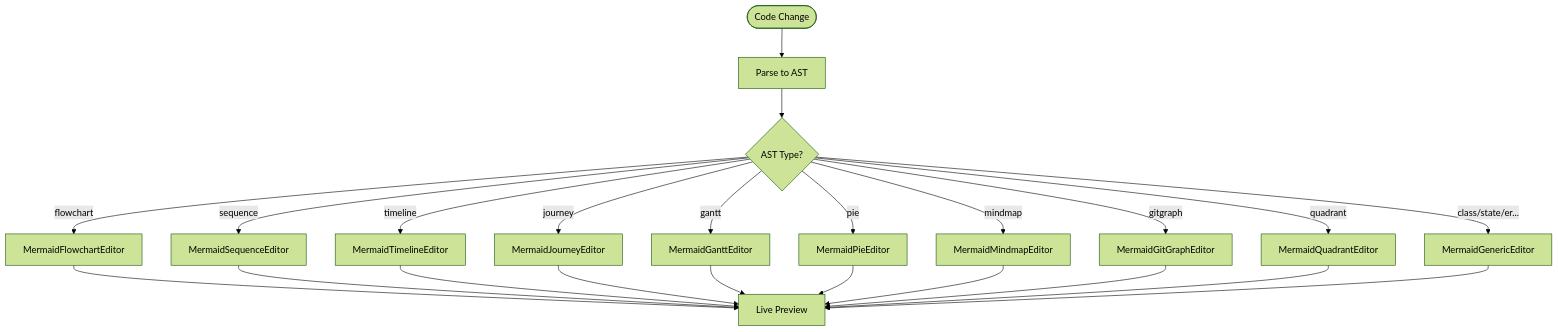
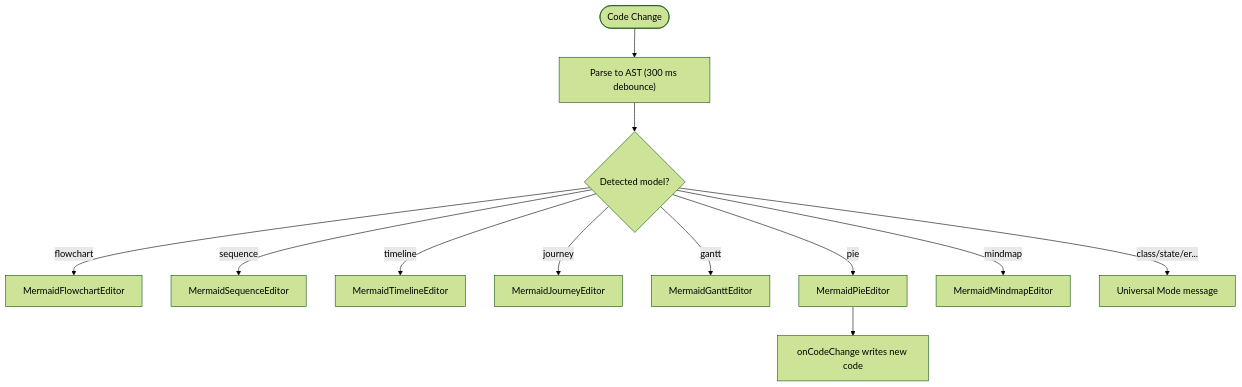
The fourth of 8 diagrams in .qoder/repowiki/en/content/Template System and Snippets.md (ongchonghian/universal-diagram-editor), drawn with Mermaid (forest theme) before and after one commit. The commit also changed other lines of this file and 31 other files, not shown here.

````diff
--- a/.qoder/repowiki/en/content/Template System and Snippets.md
+++ b/.qoder/repowiki/en/content/Template System and Snippets.md
@@ -257,25 +240,14 @@
 ```mermaid
 flowchart TD
-Start(["Code Change"]) --> Parse["Parse to AST"]
-Parse --> Type{"AST Type?"}
+Start(["Code Change"]) --> Parse["Parse to AST (300 ms debounce)"]
+Parse --> Type{"Detected model?"}
 Type --> |flowchart| Flow["MermaidFlowchartEditor"]
 Type --> |sequence| Seq["MermaidSequenceEditor"]
 Type --> |timeline| TL["MermaidTimelineEditor"]
 Type --> |journey| Jour["MermaidJourneyEditor"]
 Type --> |gantt| Gantt["MermaidGanttEditor"]
 Type --> |pie| Pie["MermaidPieEditor"]
 Type --> |mindmap| Mind["MermaidMindmapEditor"]
-Type --> |gitgraph| Git["MermaidGitGraphEditor"]
-Type --> |quadrant| Quad["MermaidQuadrantEditor"]
-Type --> |class/state/er...| Gen["MermaidGenericEditor"]
-Flow --> Preview["Live Preview"]
-Seq --> Preview
-TL --> Preview
-Jour --> Preview
-Gantt --> Preview
-Pie --> Preview
-Mind --> Preview
-Git --> Preview
-Quad --> Preview
-Gen --> Preview
+Type --> |class/state/er...| Gen["Universal Mode message"]
+Pie --> Write["onCodeChange writes new code"]
 ```
````
